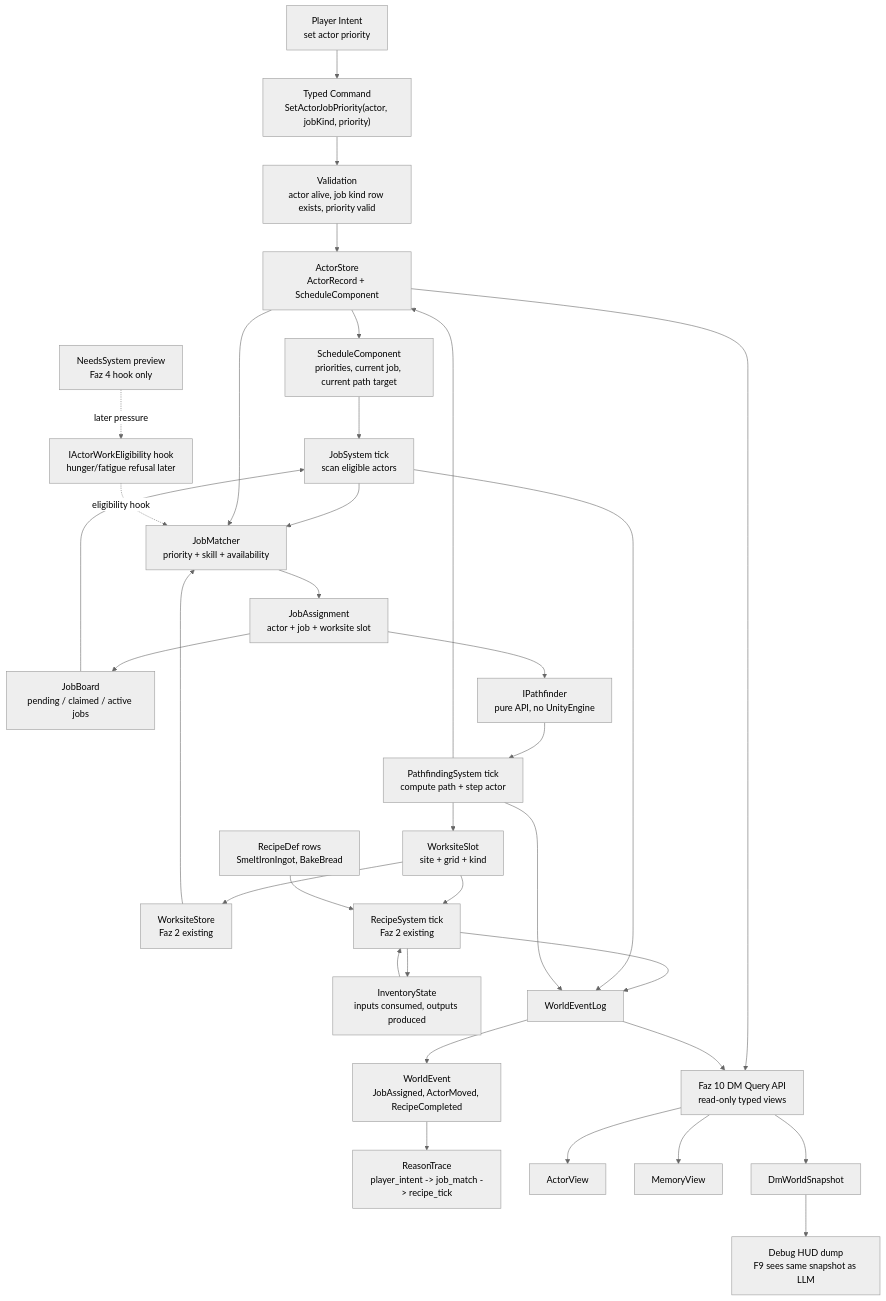
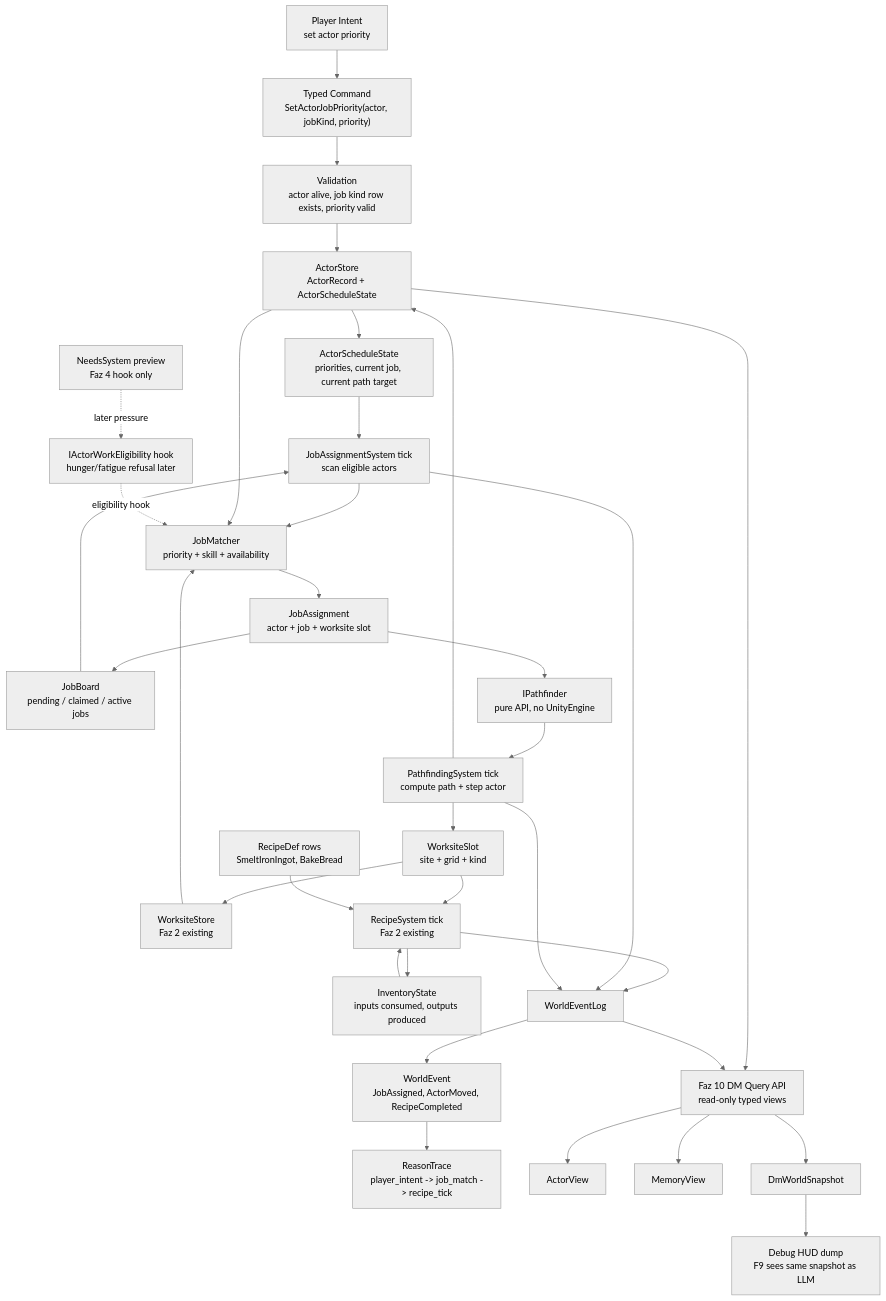
The first of 3 diagrams in docs/mechanics/faz-10-dm-query-api.md (msbel5/alcyone-ember-rpg), drawn with Mermaid (neutral theme) before and after one commit. The commit also changed other lines of this file and 10 other files, not shown here.

````diff
--- a/docs/mechanics/faz-10-dm-query-api.md
+++ b/docs/mechanics/faz-10-dm-query-api.md
@@ -3,65 +7,65 @@
 ```mermaid
 graph TB
     PlayerIntent["Player Intent<br/>set actor priority"]
     PriorityCommand["Typed Command<br/>SetActorJobPriority(actor, jobKind, priority)"]
     Validation["Validation<br/>actor alive, job kind row exists, priority valid"]
-    ActorStore["ActorStore<br/>ActorRecord + ScheduleComponent"]
-    Schedule["ScheduleComponent<br/>priorities, current job, current path target"]
+    ActorStore["ActorStore<br/>ActorRecord + ActorScheduleState"]
+    Schedule["ActorScheduleState<br/>priorities, current job, current path target"]
 
-    JobSystem["JobSystem tick<br/>scan eligible actors"]
+    JobAssignmentSystem["JobAssignmentSystem tick<br/>scan eligible actors"]
     JobBoard["JobBoard<br/>pending / claimed / active jobs"]
     JobMatcher["JobMatcher<br/>priority + skill + availability"]
     JobAssignment["JobAssignment<br/>actor + job + worksite slot"]
     Pathfinder["IPathfinder<br/>pure API, no UnityEngine"]
     PathfindingSystem["PathfindingSystem tick<br/>compute path + step actor"]
 
     WorksiteStore["WorksiteStore<br/>Faz 2 existing"]
     WorksiteSlot["WorksiteSlot<br/>site + grid + kind"]
     RecipeSystem["RecipeSystem tick<br/>Faz 2 existing"]
     RecipeDef["RecipeDef rows<br/>SmeltIronIngot, BakeBread"]
     Inventory["InventoryState<br/>inputs consumed, outputs produced"]
 
     NeedsPreview["NeedsSystem preview<br/>Faz 4 hook only"]
     WorkEligibility["IActorWorkEligibility hook<br/>hunger/fatigue refusal later"]
 
     WorldEventLog["WorldEventLog"]
     WorldEvent["WorldEvent<br/>JobAssigned, ActorMoved, RecipeCompleted"]
     ReasonTrace["ReasonTrace<br/>player_intent -> job_match -> recipe_tick"]
 
     DmQueryApi["Faz 10 DM Query API<br/>read-only typed views"]
     ActorView["ActorView"]
     MemoryView["MemoryView"]
     Snapshot["DmWorldSnapshot"]
     DebugDump["Debug HUD dump<br/>F9 sees same snapshot as LLM"]
 
     PlayerIntent --> PriorityCommand --> Validation --> ActorStore
     ActorStore --> Schedule
-    Schedule --> JobSystem
-    JobBoard --> JobSystem
-    JobSystem --> JobMatcher
+    Schedule --> JobAssignmentSystem
+    JobBoard --> JobAssignmentSystem
+    JobAssignmentSystem --> JobMatcher
     ActorStore --> JobMatcher
     WorksiteStore --> JobMatcher
     NeedsPreview -. "later pressure" .-> WorkEligibility
     WorkEligibility -. "eligibility hook" .-> JobMatcher
     JobMatcher --> JobAssignment
     JobAssignment --> JobBoard
     JobAssignment --> Pathfinder
     Pathfinder --> PathfindingSystem
     PathfindingSystem --> ActorStore
     PathfindingSystem --> WorksiteSlot
     WorksiteSlot --> WorksiteStore
     WorksiteSlot --> RecipeSystem
     RecipeDef --> RecipeSystem
     Inventory --> RecipeSystem
     RecipeSystem --> Inventory
     RecipeSystem --> WorldEventLog
-    JobSystem --> WorldEventLog
+    JobAssignmentSystem --> WorldEventLog
     PathfindingSystem --> WorldEventLog
     WorldEventLog --> WorldEvent --> ReasonTrace
     ActorStore --> DmQueryApi
     WorldEventLog --> DmQueryApi
     DmQueryApi --> ActorView
     DmQueryApi --> MemoryView
     DmQueryApi --> Snapshot
     Snapshot --> DebugDump
 ```
````
